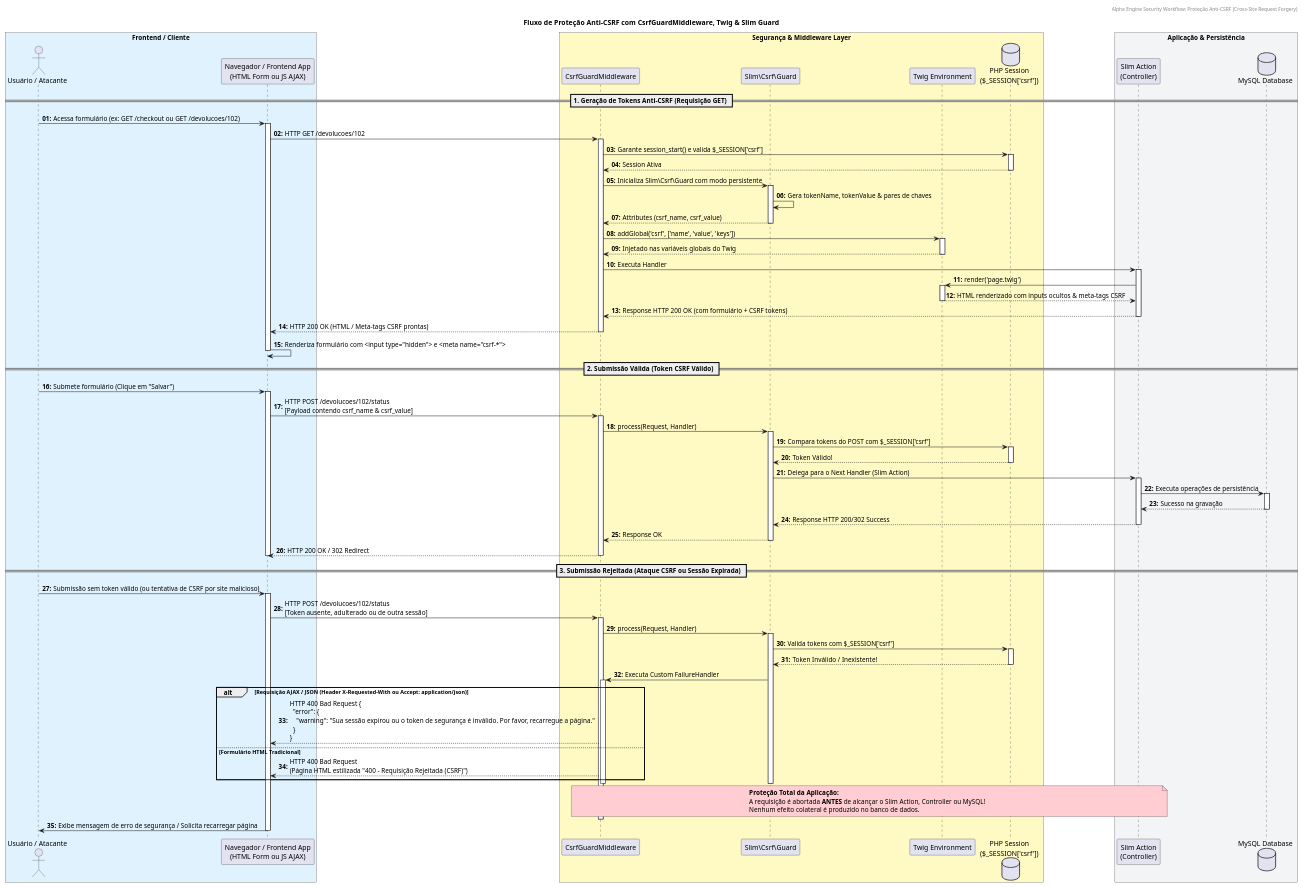
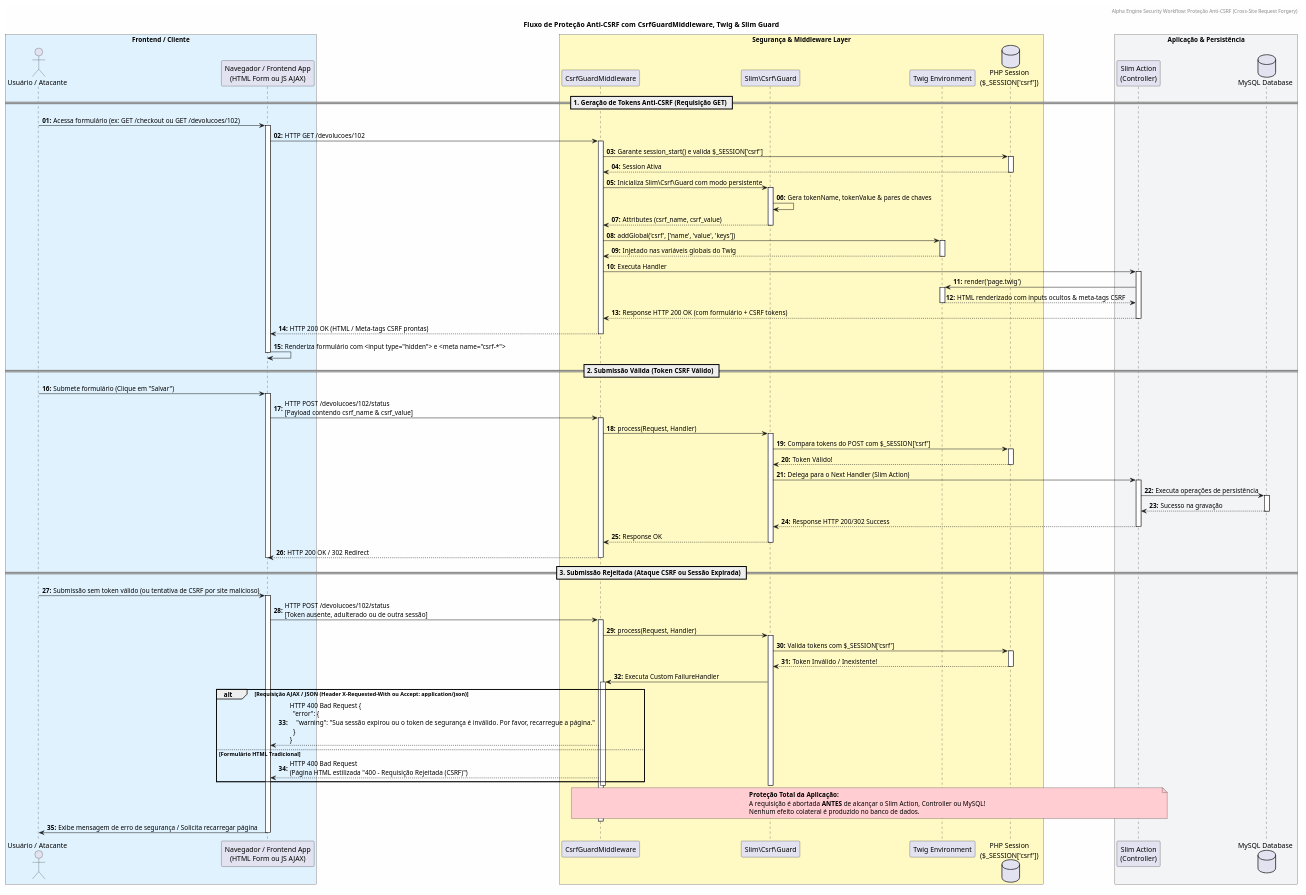
The diagram in docs/workflows/sequence_diagrams/Middleware_anti_CSRF.puml (Wattrelos/Alpha_Engine), drawn with PlantUML before and after one commit. The commit also changed 27 other files, not shown here.

Commit message:
docs: update workflow sequence diagrams and SVG renders

```diff
--- a/docs/workflows/sequence_diagrams/Middleware_anti_CSRF.puml
+++ b/docs/workflows/sequence_diagrams/Middleware_anti_CSRF.puml
@@ -1,129 +1,129 @@
 @startuml "Middleware Anti-CSRF Flow"
 autonumber "<b>00:"
-
+skinparam backgroundColor #FFFEFE
 header "Alpha Engine Security Workflow: Proteção Anti-CSRF (Cross-Site Request Forgery)"
 title "Fluxo de Proteção Anti-CSRF com CsrfGuardMiddleware, Twig & Slim Guard"
 
 box "Frontend / Cliente" #E0F2FE
     actor "Usuário / Atacante" as User
     participant "Navegador / Frontend App\n(HTML Form ou JS AJAX)" as Front
 end box
 
 box "Segurança & Middleware Layer" #FFF9C4
     participant "CsrfGuardMiddleware" as Middleware
     participant "Slim\\Csrf\\Guard" as Guard
     participant "Twig Environment" as Twig
     database "PHP Session\n($_SESSION['csrf'])" as Session
 end box
 
 box "Aplicação & Persistência" #F3F4F6
     participant "Slim Action\n(Controller)" as Action
     database "MySQL Database" as DB
 end box
 
 ' =============================================================================
 ' FLUXO 1: CARREGAMENTO DE PÁGINA (GET) - GERAÇÃO E INJEÇÃO DO TOKEN
 ' =============================================================================
 == 1. Geração de Tokens Anti-CSRF (Requisição GET) ==
 
 User -> Front : Acessa formulário (ex: GET /checkout ou GET /devolucoes/102)
 activate Front
     Front -> Middleware : HTTP GET /devolucoes/102
     activate Middleware
         Middleware -> Session : Garante session_start() e valida $_SESSION['csrf']
         activate Session
             Session --> Middleware : Session Ativa
         deactivate Session
         
         Middleware -> Guard : Inicializa Slim\\Csrf\\Guard com modo persistente
         activate Guard
             Guard -> Guard : Gera tokenName, tokenValue & pares de chaves
             Guard --> Middleware : Attributes (csrf_name, csrf_value)
         deactivate Guard
         
         Middleware -> Twig : addGlobal('csrf', ['name', 'value', 'keys'])
         activate Twig
             Twig --> Middleware : Injetado nas variáveis globais do Twig
         deactivate Twig
         
         Middleware -> Action : Executa Handler
         activate Action
             Action -> Twig : render('page.twig')
             activate Twig
                 Twig --> Action : HTML renderizado com inputs ocultos & meta-tags CSRF
             deactivate Twig
             Action --> Middleware : Response HTTP 200 OK (com formulário + CSRF tokens)
         deactivate Action
         
         Middleware --> Front : HTTP 200 OK (HTML / Meta-tags CSRF prontas)
     deactivate Middleware
     Front -> Front : Renderiza formulário com <input type="hidden"> e <meta name="csrf-*">
 deactivate Front
 
 ' =============================================================================
 ' FLUXO 2: SUBMISSÃO VÁLIDA (POST COM TOKEN CORRETO)
 ' =============================================================================
 == 2. Submissão Válida (Token CSRF Válido) ==
 
 User -> Front : Submete formulário (Clique em "Salvar")
 activate Front
     Front -> Middleware : HTTP POST /devolucoes/102/status\n[Payload contendo csrf_name & csrf_value]
     activate Middleware
         Middleware -> Guard : process(Request, Handler)
         activate Guard
             Guard -> Session : Compara tokens do POST com $_SESSION['csrf']
             activate Session
                 Session --> Guard : Token Válido!
             deactivate Session
             
             Guard -> Action : Delega para o Next Handler (Slim Action)
             activate Action
                 Action -> DB : Executa operações de persistência
                 activate DB
                     DB --> Action : Sucesso na gravação
                 deactivate DB
                 Action --> Guard : Response HTTP 200/302 Success
             deactivate Action
             
             Guard --> Middleware : Response OK
         deactivate Guard
         Middleware --> Front : HTTP 200 OK / 302 Redirect
     deactivate Middleware
 deactivate Front
 
 ' =============================================================================
 ' FLUXO 3: SUBMISSÃO INVÁLIDA OU ATAQUE CSRF (REJEIÇÃO 400)
 ' =============================================================================
 == 3. Submissão Rejeitada (Ataque CSRF ou Sessão Expirada) ==
 
 User -> Front : Submissão sem token válido (ou tentativa de CSRF por site malicioso)
 activate Front
     Front -> Middleware : HTTP POST /devolucoes/102/status\n[Token ausente, adulterado ou de outra sessão]
     activate Middleware
         Middleware -> Guard : process(Request, Handler)
         activate Guard
             Guard -> Session : Valida tokens com $_SESSION['csrf']
             activate Session
                 Session --> Guard : Token Inválido / Inexistente!
             deactivate Session
             
             ' DISPARO DO FAILURE HANDLER CUSTOMIZADO
             Guard -> Middleware : Executa Custom FailureHandler
             activate Middleware
                 
                 alt Requisição AJAX / JSON (Header X-Requested-With ou Accept: application/json)
                     Middleware --> Front : HTTP 400 Bad Request {\n  "error": {\n    "warning": "Sua sessão expirou ou o token de segurança é inválido. Por favor, recarregue a página."\n  }\n}
                 else Formulário HTML Tradicional
                     Middleware --> Front : HTTP 400 Bad Request\n(Página HTML estilizada "400 - Requisição Rejeitada (CSRF)")
                 end
                 
             deactivate Middleware
         deactivate Guard
         
         note over Middleware, Action #FFCDD2 : **Proteção Total da Aplicação:**\nA requisição é abortada **ANTES** de alcançar o Slim Action, Controller ou MySQL!\nNenhum efeito colateral é produzido no banco de dados.
     deactivate Middleware
     
     Front -> User : Exibe mensagem de erro de segurança / Solicita recarregar página
 deactivate Front
 
 @enduml
```
